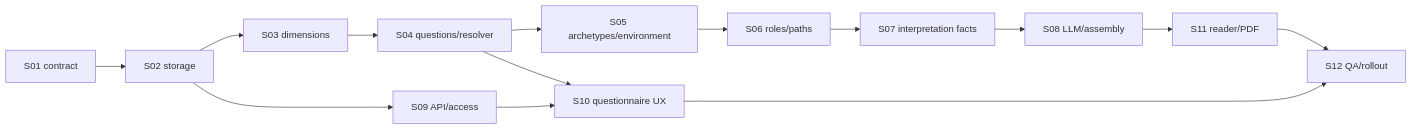
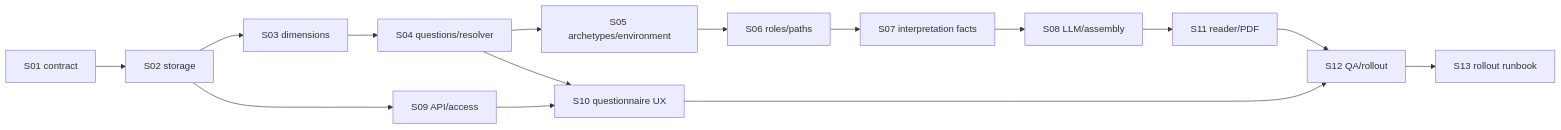
The diagram in docs/features/E19-career-report/FEATURE.md (fixemer90-stack/Archemap), drawn with Mermaid before and after one commit. The commit also changed other lines of this file and 6 other files, not shown here.

````diff
--- a/docs/features/E19-career-report/FEATURE.md
+++ b/docs/features/E19-career-report/FEATURE.md
@@ -157,16 +158,17 @@
 ```mermaid
 flowchart LR
   S01[S01 contract] --> S02[S02 storage]
   S02 --> S03[S03 dimensions]
   S03 --> S04[S04 questions/resolver]
   S04 --> S05[S05 archetypes/environment]
   S05 --> S06[S06 roles/paths]
   S06 --> S07[S07 interpretation facts]
   S07 --> S08[S08 LLM/assembly]
   S02 --> S09[S09 API/access]
   S04 --> S10[S10 questionnaire UX]
   S08 --> S11[S11 reader/PDF]
   S09 --> S10
   S10 --> S12[S12 QA/rollout]
   S11 --> S12
+  S12 --> S13[S13 rollout runbook]
 ```
````
